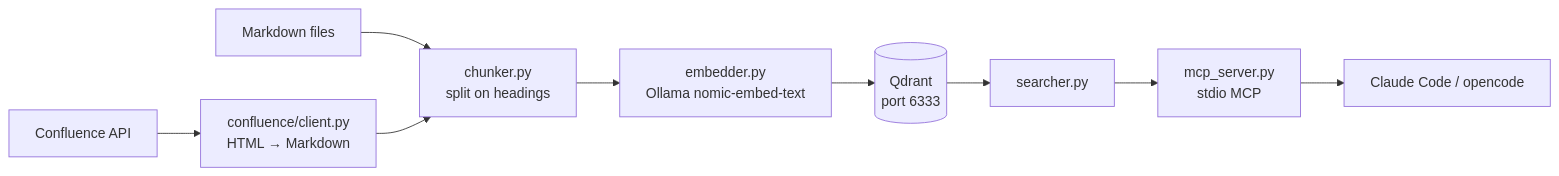
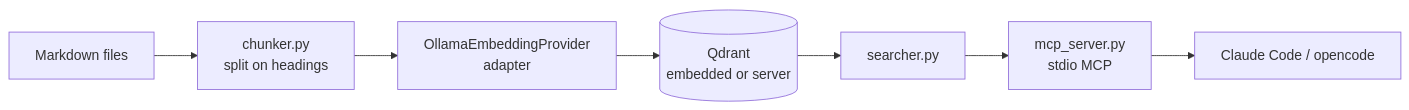
One commit to goriok/recall changed the diagram in README.md. Above: the diagram before and after it, drawn with Mermaid. The commit also changed other lines of this file and 26 other files, not shown here.

First line of the commit message:
refactor: hexagonal ports for storage/embedding, embedded Qdrant by default

````diff
--- a/README.md
+++ b/README.md
@@ -51,11 +51,9 @@
 ```mermaid
 graph LR
     A[Markdown files] --> B[chunker.py<br/>split on headings]
-    B --> C[embedder.py<br/>Ollama nomic-embed-text]
-    C --> D[(Qdrant<br/>port 6333)]
-    E[Confluence API] --> F[confluence/client.py<br/>HTML → Markdown]
-    F --> B
-    D --> G[searcher.py]
-    G --> H[mcp_server.py<br/>stdio MCP]
-    H --> I[Claude Code / opencode]
+    B --> C[OllamaEmbeddingProvider<br/>adapter]
+    C --> D[(Qdrant<br/>embedded or server)]
+    D --> E[searcher.py]
+    E --> F[mcp_server.py<br/>stdio MCP]
+    F --> G[Claude Code / opencode]
 ```
````
